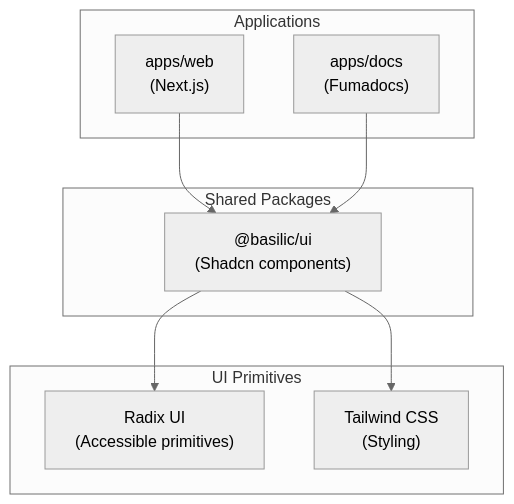
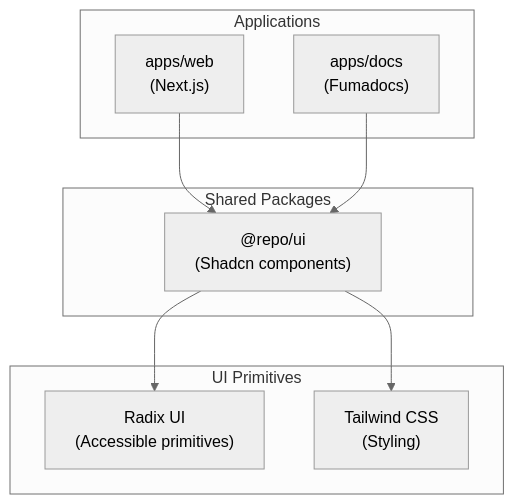
Before and after one commit to blockmatic/basilic-evm: the diagram in apps/docs/content/docs/architecture/frontend-stack.mdx, drawn with Mermaid (neutral theme). The commit also changed other lines of this file and 117 other files, not shown here.

````diff
--- a/apps/docs/content/docs/architecture/frontend-stack.mdx
+++ b/apps/docs/content/docs/architecture/frontend-stack.mdx
@@ -45,21 +45,21 @@
 ```mermaid
 flowchart TB
   subgraph Apps["Applications"]
     Web["apps/web<br/>(Next.js)"]
     Docs["apps/docs<br/>(Fumadocs)"]
   end
 
   subgraph Packages["Shared Packages"]
-    UI["@basilic/ui<br/>(Shadcn components)"]
+    UI["@repo/ui<br/>(Shadcn components)"]
   end
 
   subgraph Primitives["UI Primitives"]
     Radix["Radix UI<br/>(Accessible primitives)"]
     Tailwind["Tailwind CSS<br/>(Styling)"]
   end
 
   Web --> UI
   Docs --> UI
   UI --> Radix
   UI --> Tailwind
 ```
````
